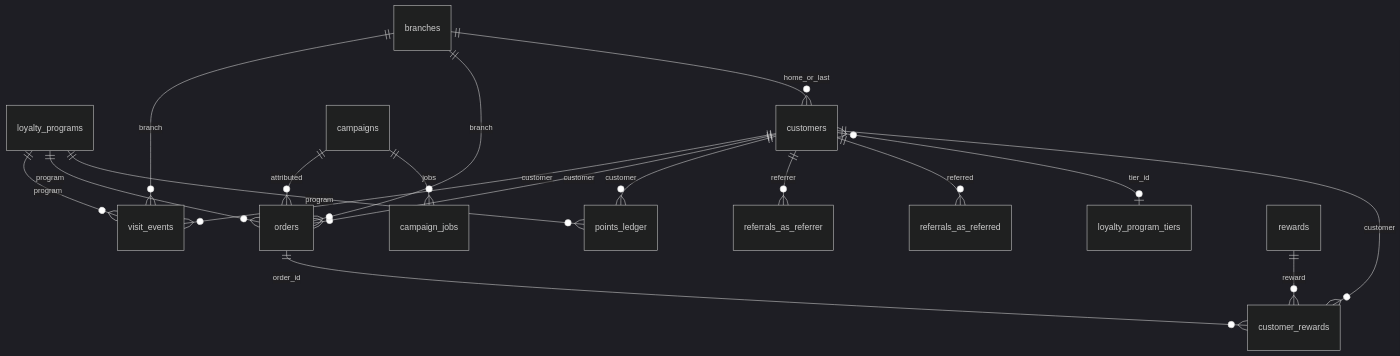
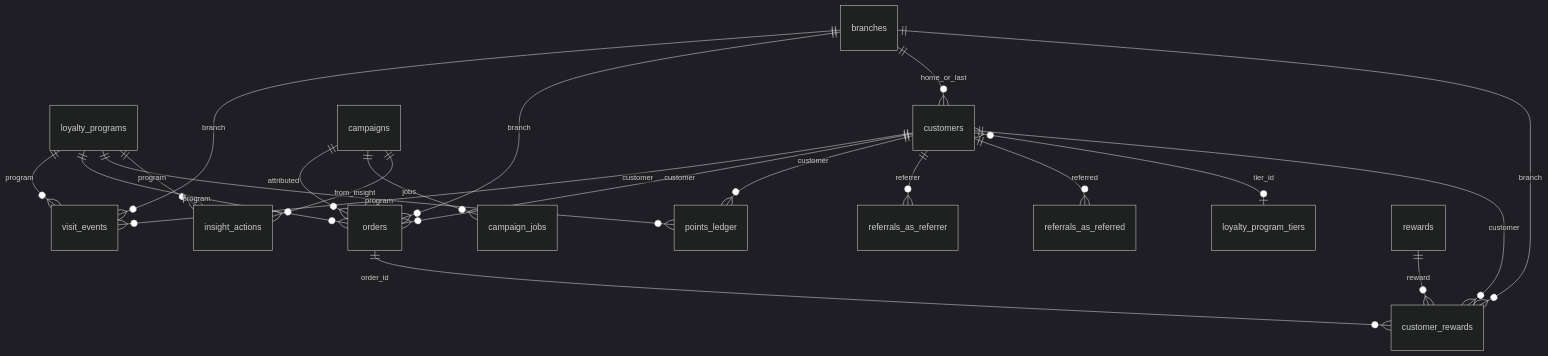
The diagram in docs/backend/data-contract.md (Ali-sherif/loyollo-web), drawn with Mermaid (dark theme) before and after one commit. The commit also changed other lines of this file and 3 other files, not shown here.

````diff
--- a/docs/backend/data-contract.md
+++ b/docs/backend/data-contract.md
@@ -13,20 +13,23 @@
 ```mermaid
 erDiagram
   loyalty_programs ||--o{ visit_events : program
   loyalty_programs ||--o{ orders : program
   loyalty_programs ||--o{ points_ledger : program
+  loyalty_programs ||--o{ insight_actions : program
   customers ||--o{ visit_events : customer
   customers ||--o{ orders : customer
   customers ||--o{ points_ledger : customer
   customers ||--o{ referrals_as_referrer : referrer
   customers ||--o{ referrals_as_referred : referred
   customers }o--o| loyalty_program_tiers : tier_id
   branches ||--o{ visit_events : branch
   branches ||--o{ orders : branch
   branches ||--o{ customers : home_or_last
+  branches ||--o{ customer_rewards : branch
   campaigns ||--o{ orders : attributed
   campaigns ||--o{ campaign_jobs : jobs
+  campaigns ||--o{ insight_actions : from_insight
   rewards ||--o{ customer_rewards : reward
   orders ||--o{ customer_rewards : order_id
   customers ||--o{ customer_rewards : customer
 ```
````
